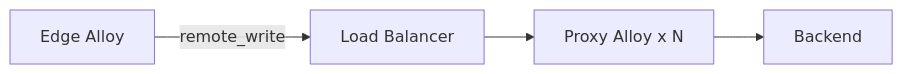
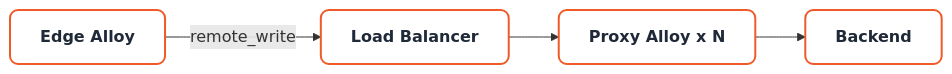
Before and after one commit to grafana/alloy: the diagram in docs/sources/configure/proxy.md, drawn with Mermaid.

Commit message:
Add some styles to the diagram

````diff
--- a/docs/sources/configure/proxy.md
+++ b/docs/sources/configure/proxy.md
@@ -42,6 +42,17 @@
 ```mermaid
 flowchart LR
-    A[Edge Alloy] -->|remote_write| B[Load Balancer]
-    B --> C[Proxy Alloy x N]
-    C --> D[Backend]
+
+  EdgeAlloy[Edge Alloy]
+  LoadBalancer[Load Balancer]
+  ProxyAlloy[Proxy Alloy x N]
+  Backend[Backend]
+
+  EdgeAlloy -->|remote_write| LoadBalancer
+  LoadBalancer --> ProxyAlloy
+  ProxyAlloy --> Backend
+
+  %% Grafana styling
+  classDef grafana fill:#ffffff,stroke:#F05A28,stroke-width:2px,rx:8,ry:8,color:#1f2937,font-weight:600;
+
+  class EdgeAlloy,LoadBalancer,ProxyAlloy,Backend grafana
 ```
````
